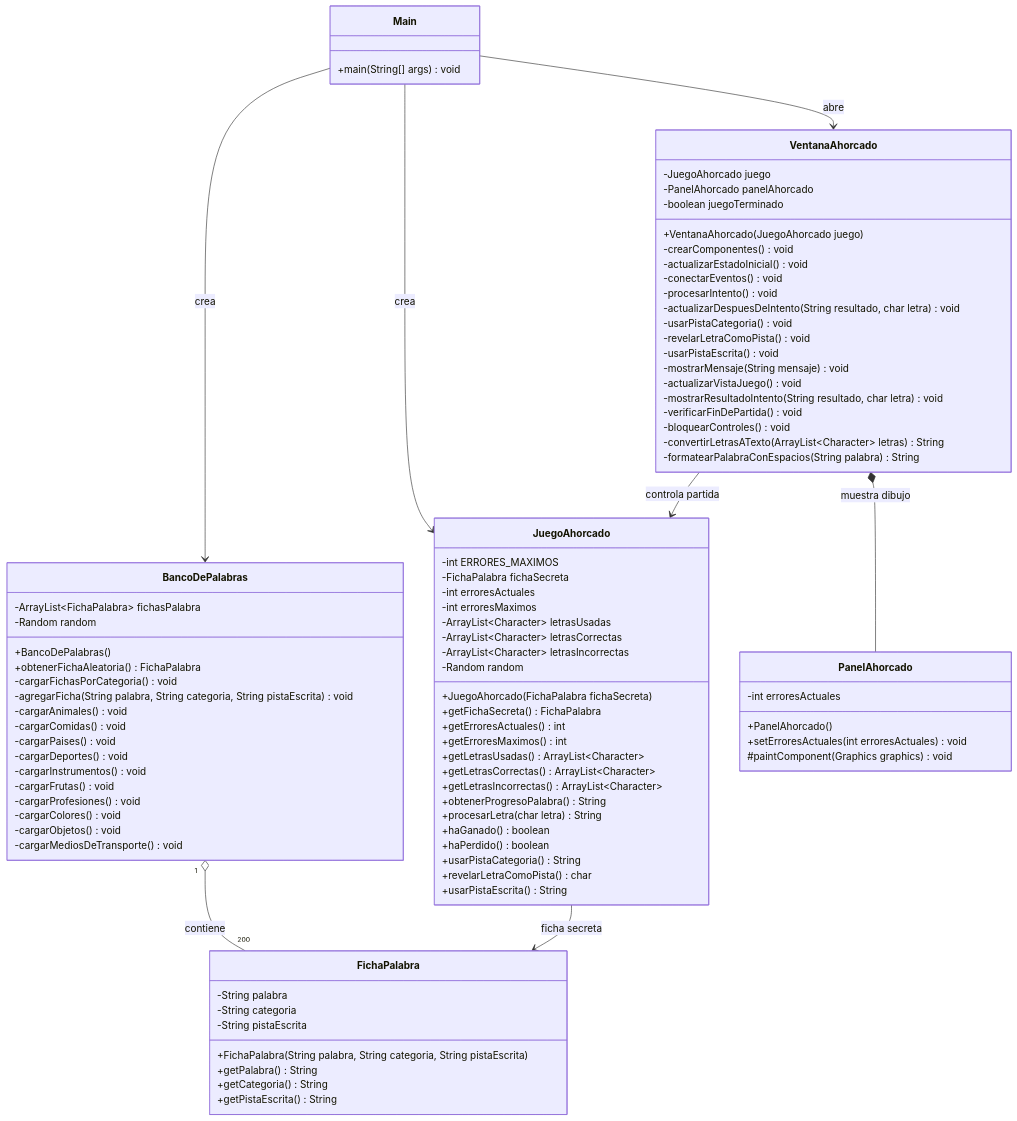
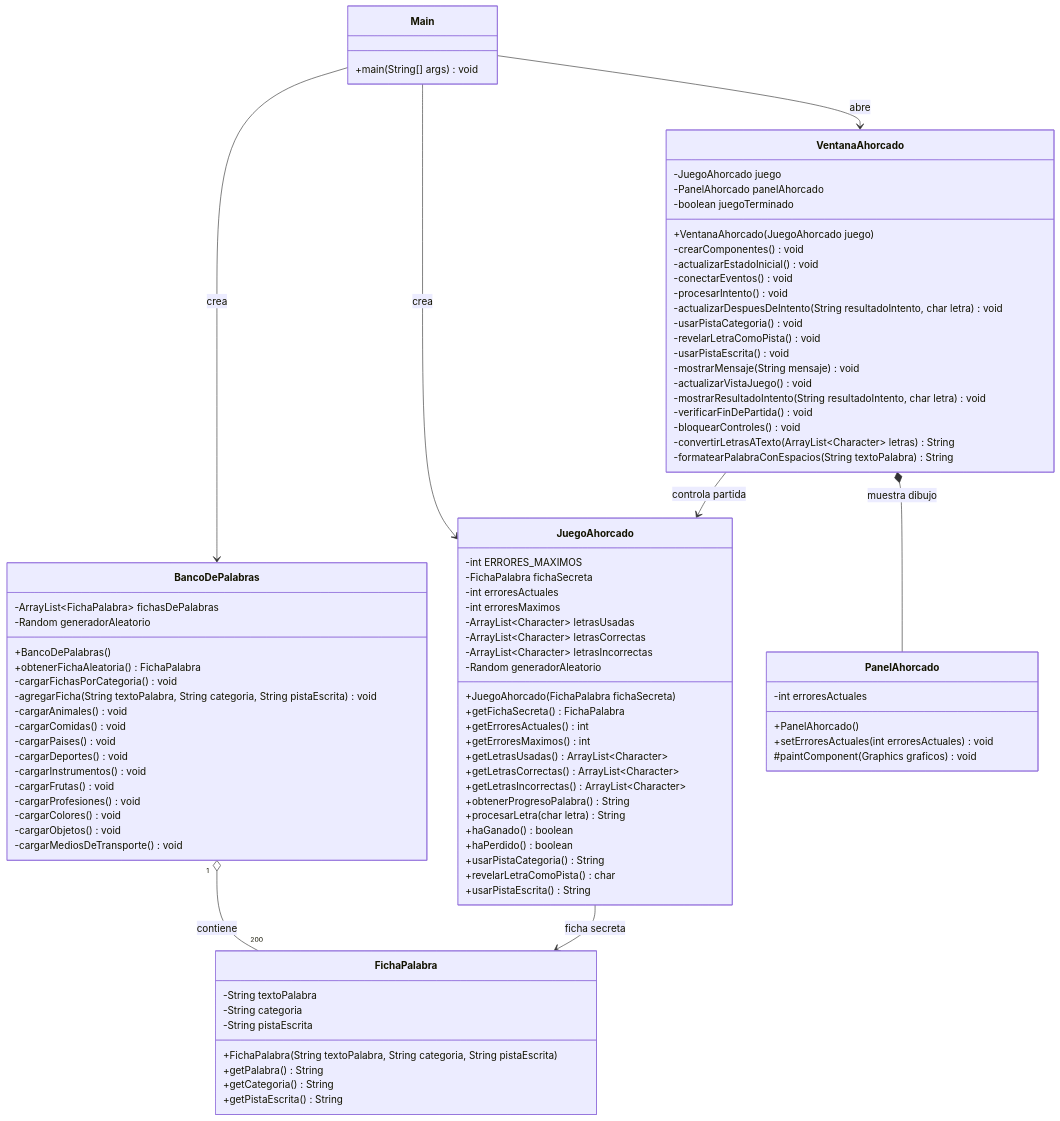
Before and after one commit to Edwd3v/AhorcadoJavaSwing: the diagram in docs/DiagramaClasesRaw.mmd, drawn with Mermaid. The commit also changed 7 other files, not shown here.

```diff
--- a/docs/DiagramaClasesRaw.mmd
+++ b/docs/DiagramaClasesRaw.mmd
@@ -1,95 +1,95 @@
 classDiagram
     class Main {
         +main(String[] args) void
     }
 
     class FichaPalabra {
-        -String palabra
+        -String textoPalabra
         -String categoria
         -String pistaEscrita
-        +FichaPalabra(String palabra, String categoria, String pistaEscrita)
+        +FichaPalabra(String textoPalabra, String categoria, String pistaEscrita)
         +getPalabra() String
         +getCategoria() String
         +getPistaEscrita() String
     }
 
     class BancoDePalabras {
-        -ArrayList~FichaPalabra~ fichasPalabra
-        -Random random
+        -ArrayList~FichaPalabra~ fichasDePalabras
+        -Random generadorAleatorio
         +BancoDePalabras()
         +obtenerFichaAleatoria() FichaPalabra
         -cargarFichasPorCategoria() void
-        -agregarFicha(String palabra, String categoria, String pistaEscrita) void
+        -agregarFicha(String textoPalabra, String categoria, String pistaEscrita) void
         -cargarAnimales() void
         -cargarComidas() void
         -cargarPaises() void
         -cargarDeportes() void
         -cargarInstrumentos() void
         -cargarFrutas() void
         -cargarProfesiones() void
         -cargarColores() void
         -cargarObjetos() void
         -cargarMediosDeTransporte() void
     }
 
     class JuegoAhorcado {
         -int ERRORES_MAXIMOS
         -FichaPalabra fichaSecreta
         -int erroresActuales
         -int erroresMaximos
         -ArrayList~Character~ letrasUsadas
         -ArrayList~Character~ letrasCorrectas
         -ArrayList~Character~ letrasIncorrectas
-        -Random random
+        -Random generadorAleatorio
         +JuegoAhorcado(FichaPalabra fichaSecreta)
         +getFichaSecreta() FichaPalabra
         +getErroresActuales() int
         +getErroresMaximos() int
         +getLetrasUsadas() ArrayList~Character~
         +getLetrasCorrectas() ArrayList~Character~
         +getLetrasIncorrectas() ArrayList~Character~
         +obtenerProgresoPalabra() String
         +procesarLetra(char letra) String
         +haGanado() boolean
         +haPerdido() boolean
         +usarPistaCategoria() String
         +revelarLetraComoPista() char
         +usarPistaEscrita() String
     }
 
     class VentanaAhorcado {
         -JuegoAhorcado juego
         -PanelAhorcado panelAhorcado
         -boolean juegoTerminado
         +VentanaAhorcado(JuegoAhorcado juego)
         -crearComponentes() void
         -actualizarEstadoInicial() void
         -conectarEventos() void
         -procesarIntento() void
-        -actualizarDespuesDeIntento(String resultado, char letra) void
+        -actualizarDespuesDeIntento(String resultadoIntento, char letra) void
         -usarPistaCategoria() void
         -revelarLetraComoPista() void
         -usarPistaEscrita() void
         -mostrarMensaje(String mensaje) void
         -actualizarVistaJuego() void
-        -mostrarResultadoIntento(String resultado, char letra) void
+        -mostrarResultadoIntento(String resultadoIntento, char letra) void
         -verificarFinDePartida() void
         -bloquearControles() void
         -convertirLetrasATexto(ArrayList~Character~ letras) String
-        -formatearPalabraConEspacios(String palabra) String
+        -formatearPalabraConEspacios(String textoPalabra) String
     }
 
     class PanelAhorcado {
         -int erroresActuales
         +PanelAhorcado()
         +setErroresActuales(int erroresActuales) void
-        #paintComponent(Graphics graphics) void
+        #paintComponent(Graphics graficos) void
     }
 
     Main --> BancoDePalabras : crea
     Main --> JuegoAhorcado : crea
     Main --> VentanaAhorcado : abre
     BancoDePalabras "1" o-- "200" FichaPalabra : contiene
     JuegoAhorcado --> FichaPalabra : ficha secreta
     VentanaAhorcado --> JuegoAhorcado : controla partida
     VentanaAhorcado *-- PanelAhorcado : muestra dibujo
```
